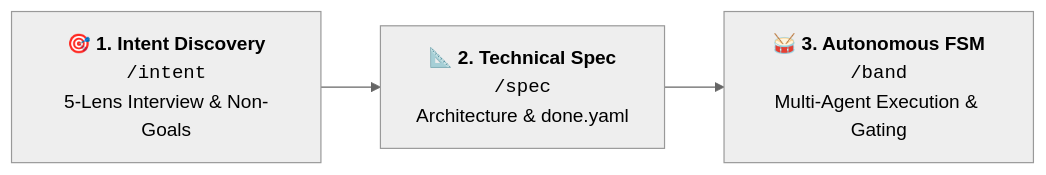
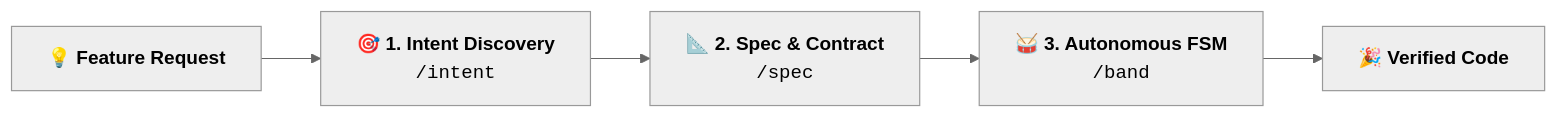
One commit to jiva-studio/band changed the first of 2 diagrams in README.md. Above: the diagram before and after it, drawn with Mermaid (neutral theme). The commit also changed other lines of this file, not shown here.

Commit message:
docs: streamline README visual flow, replace sprawling hero diagram with clean overview, and place FSM loop in dedicated section

````diff
--- a/README.md
+++ b/README.md
@@ -35,4 +7,4 @@
 ```mermaid
 flowchart LR
-    A["🎯 <b>1. Intent Discovery</b><br/><code>/intent</code><br/>5-Lens Interview & Non-Goals"] --> B["📐 <b>2. Technical Spec</b><br/><code>/spec</code><br/>Architecture & done.yaml"] --> C["🥁 <b>3. Autonomous FSM</b><br/><code>/band</code><br/>Multi-Agent Execution & Gating"]
+    A["💡 <b>Feature Request</b>"] --> B["🎯 <b>1. Intent Discovery</b><br/><code>/intent</code>"] --> C["📐 <b>2. Spec & Contract</b><br/><code>/spec</code>"] --> D["🥁 <b>3. Autonomous FSM</b><br/><code>/band</code>"] --> E["🎉 <b>Verified Code</b>"]
 ```
````
